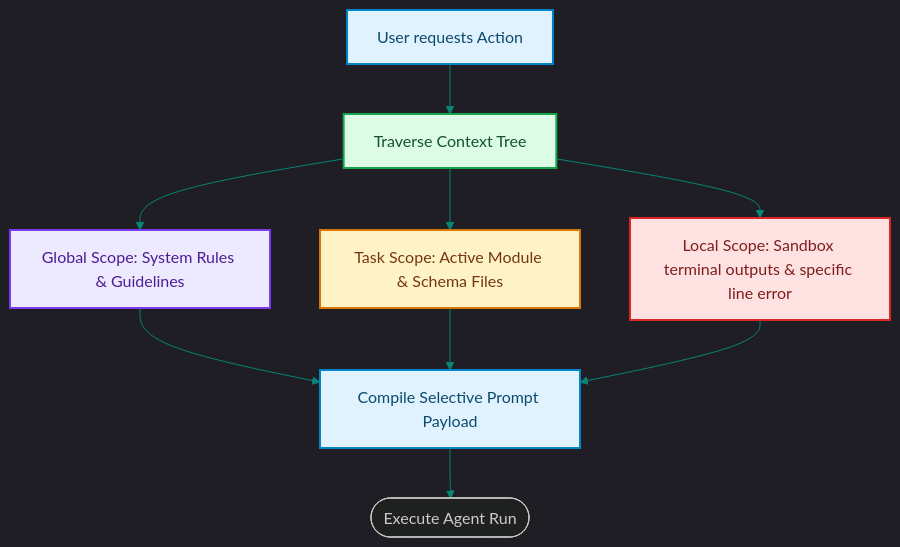
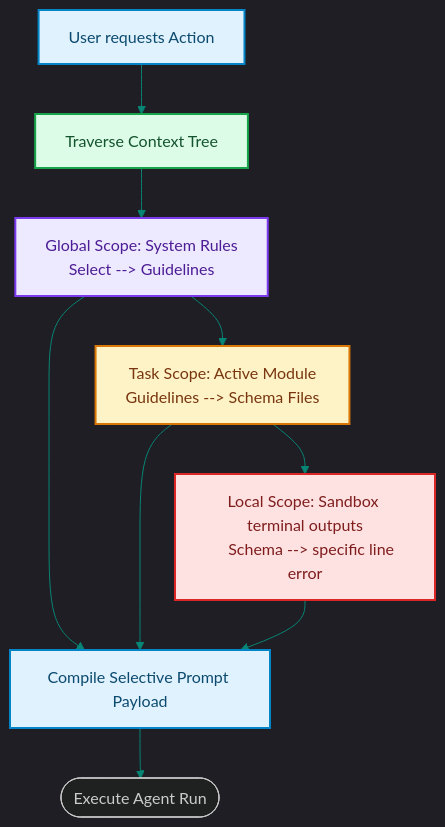
The diagram in blog/posts/memory-hierarchical-context-trees-prompt-optimization.md (akmalkhaniub/akmalkhaniub.github.io), drawn with Mermaid before and after one commit. The commit also changed other lines of this file and 894 other files, not shown here.

Commit message:
feat(blog): upgrade all 444 posts with unique staggered dates, 2-col Mermaid spines, benchmark tables, code blocks, and trade-offs

````diff
--- a/blog/posts/memory-hierarchical-context-trees-prompt-optimization.md
+++ b/blog/posts/memory-hierarchical-context-trees-prompt-optimization.md
@@ -16,25 +16,28 @@
 ```mermaid
 %%{init: {'theme': 'dark', 'themeVariables': { 'primaryColor': '#088574', 'primaryTextColor': '#f3f4f6', 'primaryBorderColor': '#0db49b', 'lineColor': '#088574', 'secondaryColor': '#111827', 'tertiaryColor': '#0b0f19'}}}%%
 flowchart TD
     Prompt["User requests Action"] --> Select["Traverse Context Tree"]
     
-    Select --> G["Global Scope: System Rules & Guidelines"]
-    Select --> T["Task Scope: Active Module & Schema Files"]
-    Select --> L["Local Scope: Sandbox terminal outputs & specific line error"]
+    Select --> G["Global Scope: System Rules
+    Select --> Guidelines"]
+    G --> T["Task Scope: Active Module
+    Guidelines --> Schema Files"]
+    T --> L["Local Scope: Sandbox terminal outputs
+    Schema --> specific line error"]
     
     G --> Compile["Compile Selective Prompt Payload"]
     T --> Compile
     L --> Compile
     Compile --> Agent([Execute Agent Run])
 
 classDef green fill:#dcfce7,stroke:#16a34a,stroke-width:2px,color:#14532d;
 classDef red fill:#fee2e2,stroke:#dc2626,stroke-width:2px,color:#7f1d1d;
 classDef blue fill:#e0f2fe,stroke:#0284c7,stroke-width:2px,color:#0c4a6e;
 classDef yellow fill:#fef3c7,stroke:#d97706,stroke-width:2px,color:#78350f;
 classDef purple fill:#ede9fe,stroke:#7c3aed,stroke-width:2px,color:#4c1d95;
 class Prompt,Compile blue
 class Select green
 class G purple
 class T yellow
 class L red
 ```
````
